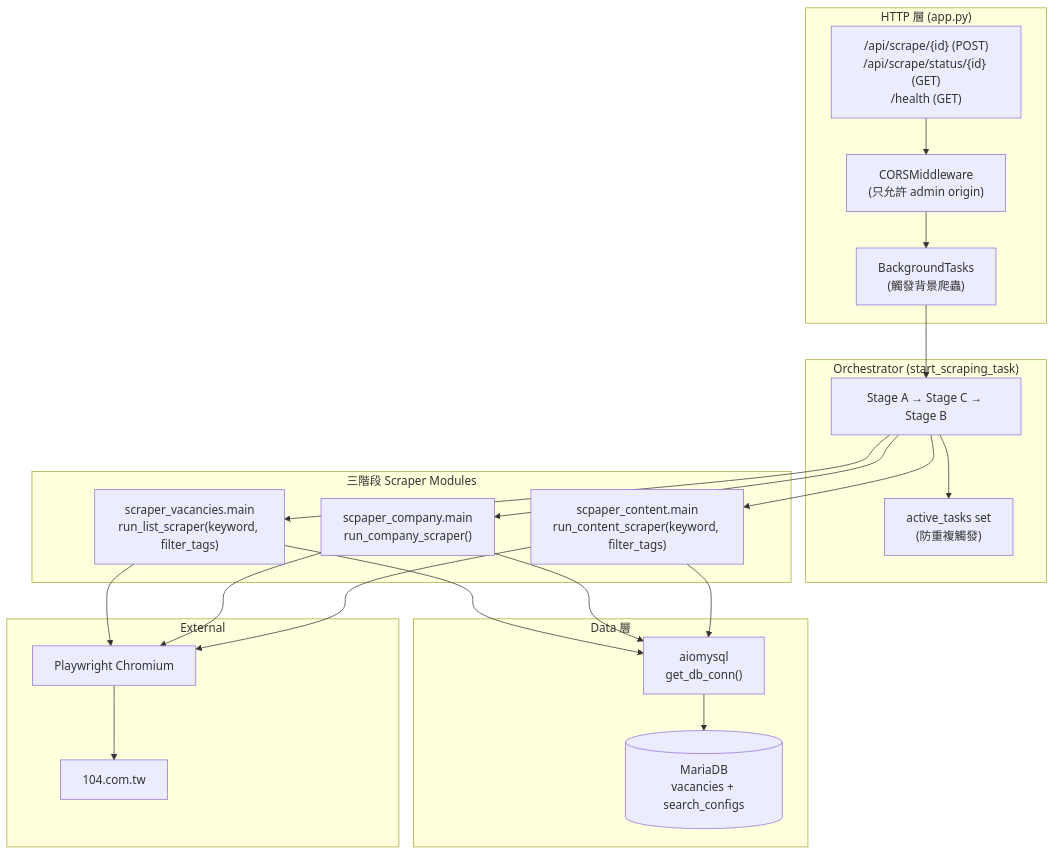
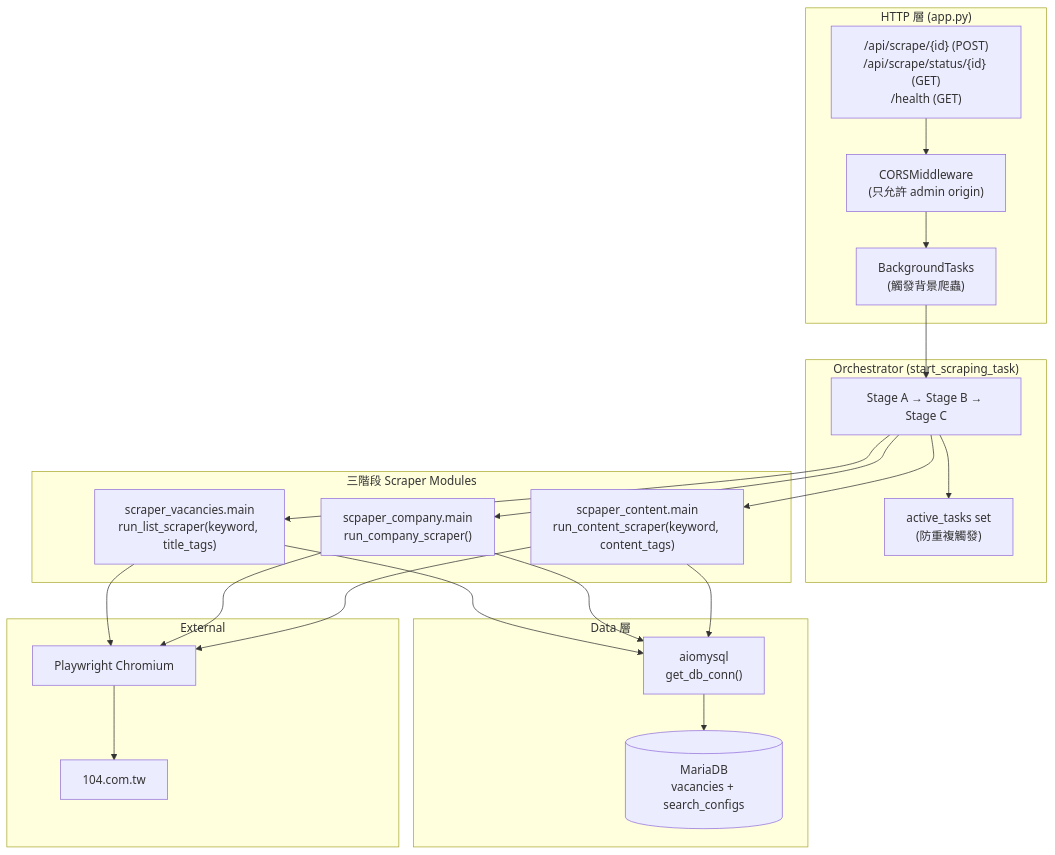
One commit to jacky0996/job_digger changed the second of 3 diagrams in docs/architecture.md. Above: the diagram before and after it, drawn with Mermaid. The commit also changed other lines of this file and 16 other files, not shown here.

````diff
--- a/docs/architecture.md
+++ b/docs/architecture.md
@@ -59,45 +59,45 @@
 ```mermaid
 flowchart TB
     subgraph http["HTTP 層 (app.py)"]
         endpoints["/api/scrape/{id} (POST)<br/>/api/scrape/status/{id} (GET)<br/>/health (GET)"]
         cors["CORSMiddleware<br/>(只允許 admin origin)"]
         bg_tasks["BackgroundTasks<br/>(觸發背景爬蟲)"]
     end
 
     subgraph orchestrator["Orchestrator (start_scraping_task)"]
         active["active_tasks set<br/>(防重複觸發)"]
-        sequence["Stage A → Stage C → Stage B"]
+        sequence["Stage A → Stage B → Stage C"]
     end
 
     subgraph stages["三階段 Scraper Modules"]
-        stage_a["scraper_vacancies.main<br/>run_list_scraper(keyword, filter_tags)"]
-        stage_c["scpaper_content.main<br/>run_content_scraper(keyword, filter_tags)"]
+        stage_a["scraper_vacancies.main<br/>run_list_scraper(keyword, title_tags)"]
+        stage_c["scpaper_content.main<br/>run_content_scraper(keyword, content_tags)"]
         stage_b["scpaper_company.main<br/>run_company_scraper()"]
     end
 
     subgraph data["Data 層"]
         db_conn["aiomysql<br/>get_db_conn()"]
         db[("MariaDB<br/>vacancies + search_configs")]
         db_conn --> db
     end
 
     subgraph external["External"]
         chromium["Playwright Chromium"]
         site104["104.com.tw"]
         chromium --> site104
     end
 
     endpoints --> cors --> bg_tasks --> sequence
     sequence --> active
     sequence --> stage_a
     sequence --> stage_c
     sequence --> stage_b
 
     stage_a --> chromium
     stage_b --> chromium
     stage_c --> chromium
 
     stage_a --> db_conn
     stage_b --> db_conn
     stage_c --> db_conn
 ```
````
